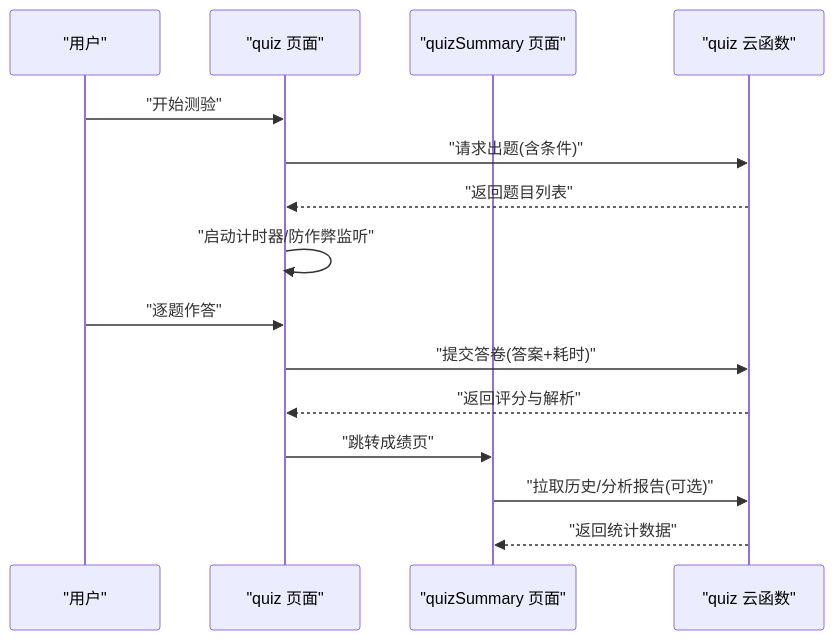
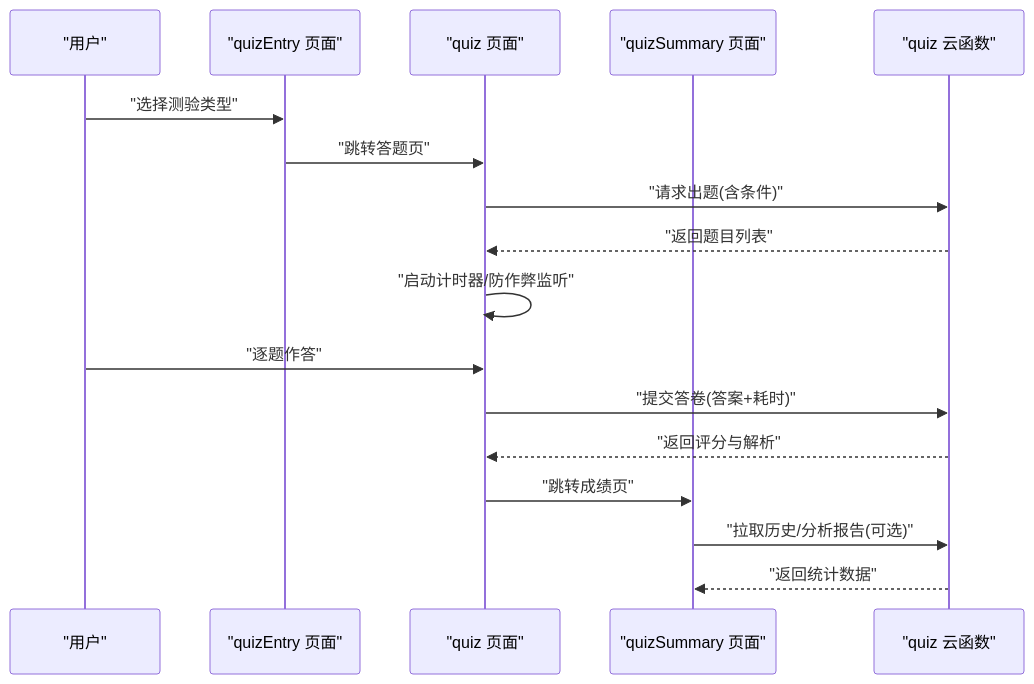
The second of 13 diagrams in .qoder/repowiki/zh/content/核心功能模块/测验系统/测验系统.md (cwb7756/bio), drawn with Mermaid before and after one commit. The commit also changed other lines of this file and 46 other files, not shown here.

````diff
--- a/.qoder/repowiki/zh/content/核心功能模块/测验系统/测验系统.md
+++ b/.qoder/repowiki/zh/content/核心功能模块/测验系统/测验系统.md
@@ -95,17 +114,19 @@
 ```mermaid
 sequenceDiagram
 participant U as "用户"
+participant QE as "quizEntry 页面"
 participant P as "quiz 页面"
 participant S as "quizSummary 页面"
 participant C as "quiz 云函数"
-U->>P : "开始测验"
+U->>QE : "选择测验类型"
+QE->>P : "跳转答题页"
 P->>C : "请求出题(含条件)"
 C-->>P : "返回题目列表"
 P->>P : "启动计时器/防作弊监听"
 U->>P : "逐题作答"
 P->>C : "提交答卷(答案+耗时)"
 C-->>P : "返回评分与解析"
 P->>S : "跳转成绩页"
 S->>C : "拉取历史/分析报告(可选)"
 C-->>S : "返回统计数据"
 ```
````
